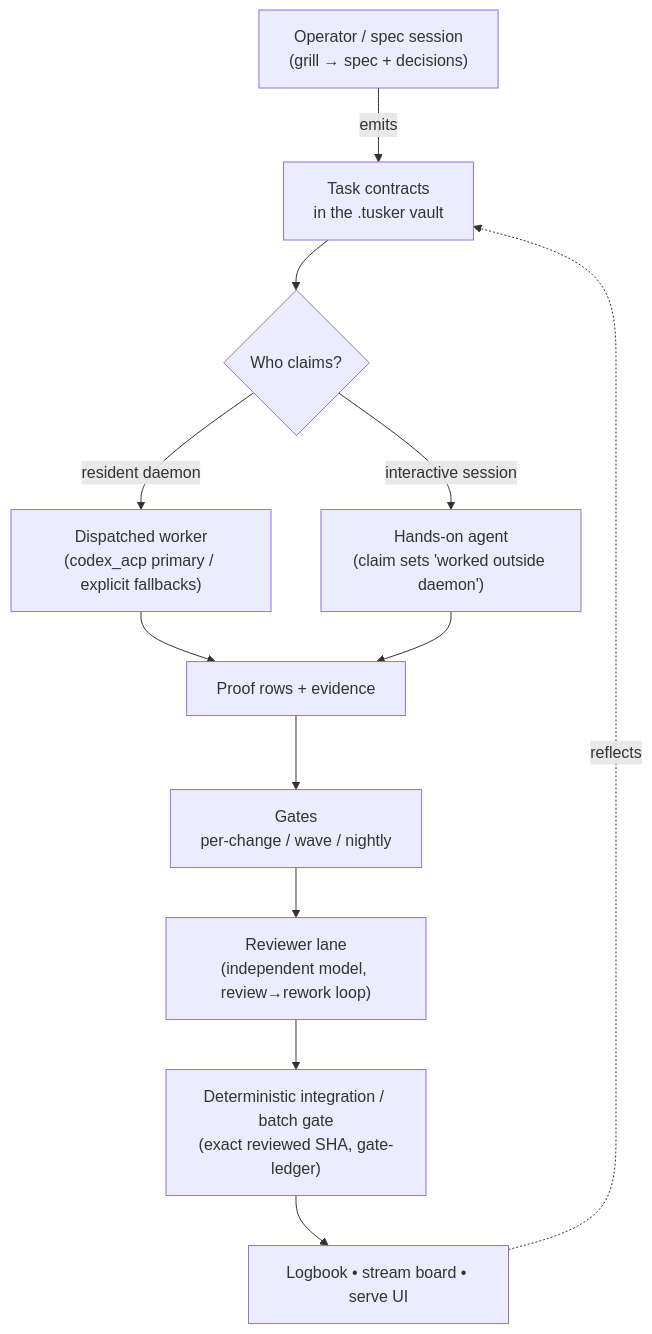
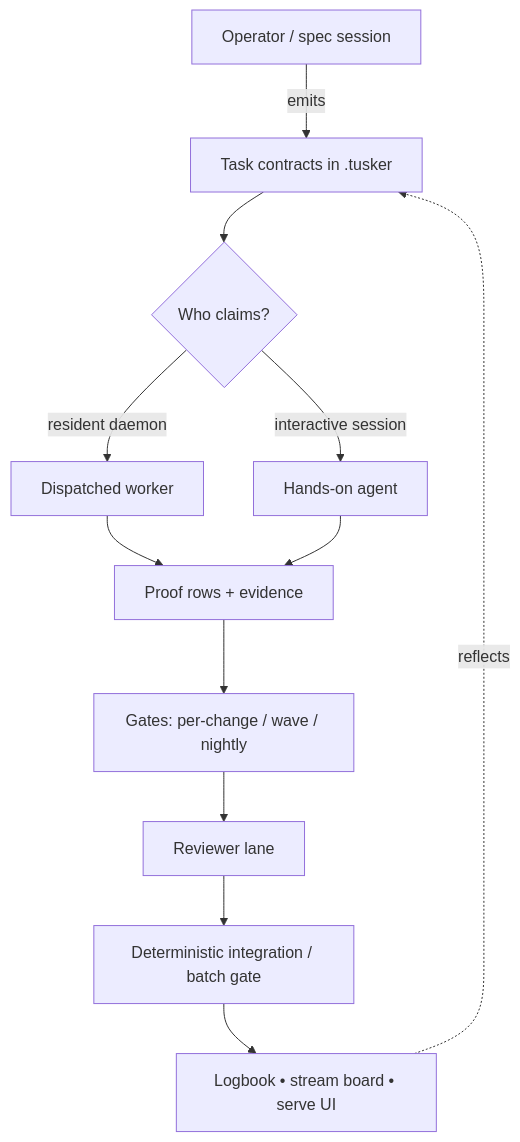
One commit to srv1n/tusker changed the first of 2 diagrams in docs/system/00-overview.md. Above: the diagram before and after it, drawn with Mermaid. The commit also changed other lines of this file and 148 other files, not shown here.

First line of the commit message:
Land adoption tiers, gate integrity, and delivery/execution hardening

````diff
--- a/docs/system/00-overview.md
+++ b/docs/system/00-overview.md
@@ -40,14 +30,14 @@
 ```mermaid
 flowchart TD
-    spec["Operator / spec session\n(grill → spec + decisions)"] -->|emits| vault["Task contracts\nin the .tusker vault"]
+    spec["Operator / spec session"] -->|emits| vault["Task contracts in .tusker"]
     vault --> claim{"Who claims?"}
-    claim -->|resident daemon| worker["Dispatched worker\n(codex_acp primary / explicit fallbacks)"]
-    claim -->|interactive session| worker2["Hands-on agent\n(claim sets 'worked outside daemon')"]
+    claim -->|resident daemon| worker["Dispatched worker"]
+    claim -->|interactive session| worker2["Hands-on agent"]
     worker --> proof["Proof rows + evidence"]
     worker2 --> proof
-    proof --> gates["Gates\nper-change / wave / nightly"]
-    gates --> review["Reviewer lane\n(independent model, review→rework loop)"]
-    review --> land["Deterministic integration / batch gate\n(exact reviewed SHA, gate-ledger)"]
+    proof --> gates["Gates: per-change / wave / nightly"]
+    gates --> review["Reviewer lane"]
+    review --> land["Deterministic integration / batch gate"]
     land --> views["Logbook • stream board • serve UI"]
     views -.reflects.-> vault
 ```
````
